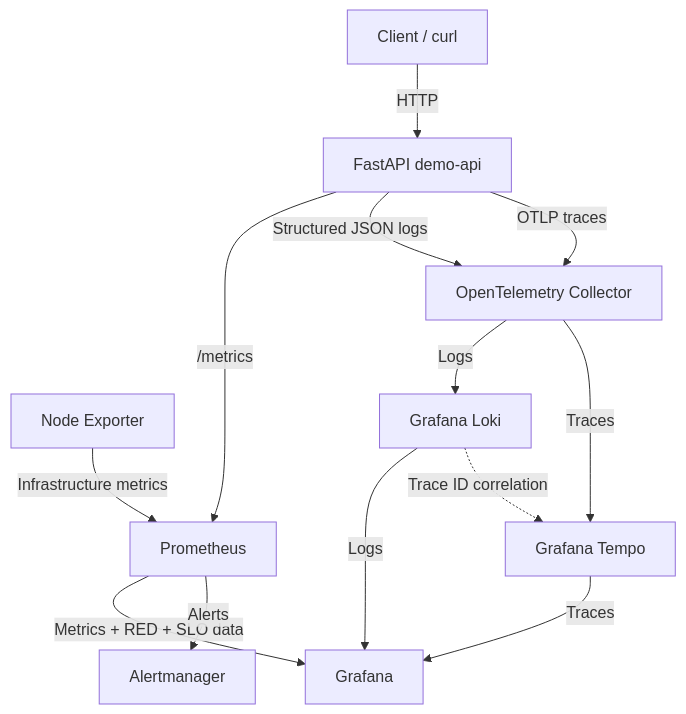
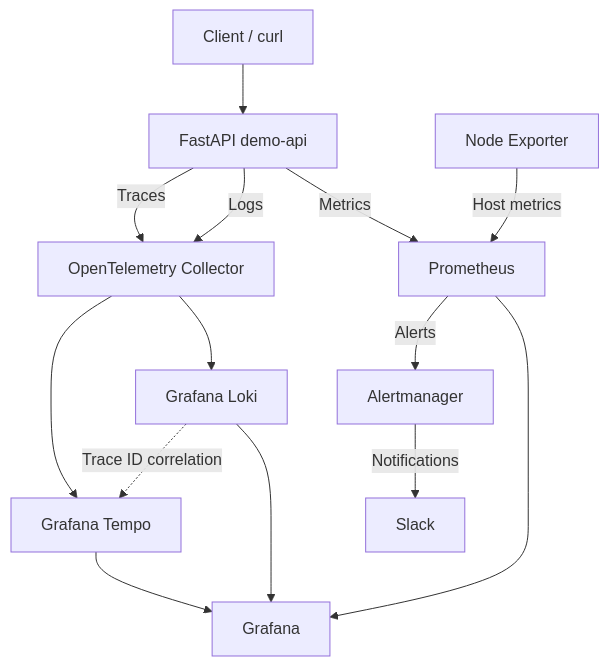
One commit to AZ1600/platform-engineering-observability changed the diagram in README.md. Above: the diagram before and after it, drawn with Mermaid. The commit also changed other lines of this file and 5 other files, not shown here.

Commit message:
feat: add Slack alert notifications

````diff
--- a/README.md
+++ b/README.md
@@ -110,33 +57,36 @@
 ```mermaid
 flowchart TB
     Client["Client / curl"]
     API["FastAPI demo-api"]
 
-    OTel["OpenTelemetry Collector"]
-
     Prometheus["Prometheus"]
     Node["Node Exporter"]
+
+    OTel["OpenTelemetry Collector"]
     Loki["Grafana Loki"]
     Tempo["Grafana Tempo"]
+
     Grafana["Grafana"]
     Alertmanager["Alertmanager"]
+    Slack["Slack"]
 
-    Client -->|HTTP| API
+    Client --> API
 
-    API -->|/metrics| Prometheus
-    Node -->|Infrastructure metrics| Prometheus
+    API -->|Metrics| Prometheus
+    Node -->|Host metrics| Prometheus
 
-    API -->|Structured JSON logs| OTel
-    API -->|OTLP traces| OTel
+    API -->|Logs| OTel
+    API -->|Traces| OTel
 
-    OTel -->|Logs| Loki
-    OTel -->|Traces| Tempo
+    OTel --> Loki
+    OTel --> Tempo
 
-    Prometheus -->|Metrics + RED + SLO data| Grafana
-    Loki -->|Logs| Grafana
-    Tempo -->|Traces| Grafana
+    Prometheus --> Grafana
+    Loki --> Grafana
+    Tempo --> Grafana
 
     Prometheus -->|Alerts| Alertmanager
+    Alertmanager -->|Notifications| Slack
 
     Loki -. Trace ID correlation .-> Tempo
 ```
````
